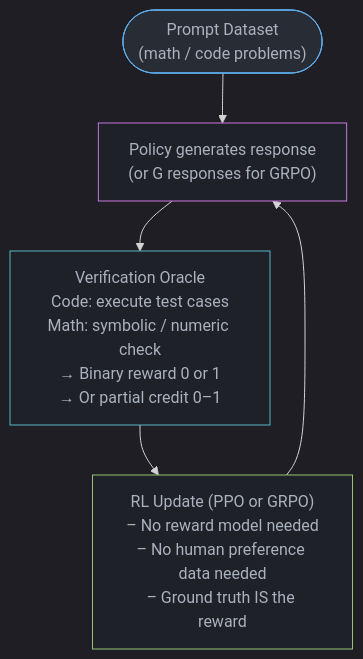
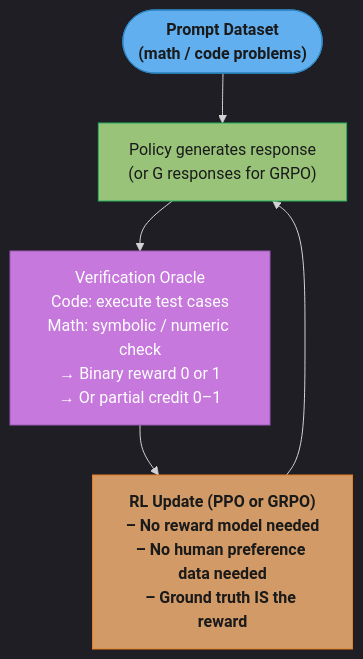
One commit to rppol/system-design changed the second of 3 diagrams in src/main/java/com/rutik/systemdesign/llm/alignment_and_rlhf/README.md. Above: the diagram before and after it, drawn with Mermaid. The commit also changed other lines of this file and 88 other files, not shown here.

````diff
--- a/src/main/java/com/rutik/systemdesign/llm/alignment_and_rlhf/README.md
+++ b/src/main/java/com/rutik/systemdesign/llm/alignment_and_rlhf/README.md
@@ -309,18 +312,21 @@
 ```mermaid
 %%{init: {'flowchart': {'curve': 'basis'}, 'theme': 'dark'}}%%
 flowchart TD
+    classDef io      fill:#61afef,stroke:#2e86c1,color:#1a1a1a,font-weight:bold
+    classDef frozen  fill:#c678dd,stroke:#9b59b6,color:#fff
+    classDef train   fill:#98c379,stroke:#27ae60,color:#1a1a1a
+    classDef mathOp  fill:#d19a66,stroke:#e67e22,color:#1a1a1a,font-weight:bold
+    classDef lossN   fill:#e06c75,stroke:#c0392b,color:#fff,font-weight:bold
+    classDef req     fill:#56b6c2,stroke:#0097a7,color:#1a1a1a
+    classDef base    fill:#e5c07b,stroke:#f39c12,color:#1a1a1a
+
     Dataset(["Prompt Dataset\n(math / code problems)"]) --> Policy
     Policy["Policy generates response\n(or G responses for GRPO)"] --> Oracle
     Oracle["Verification Oracle\nCode: execute test cases\nMath: symbolic / numeric check\n→ Binary reward 0 or 1\n→ Or partial credit 0–1"] --> Update
     Update["RL Update (PPO or GRPO)\n– No reward model needed\n– No human preference data needed\n– Ground truth IS the reward"] --> Policy
 
-    classDef io     fill:#282c34,stroke:#61afef,color:#abb2bf
-    classDef proc   fill:#1e2127,stroke:#98c379,color:#abb2bf
-    classDef llm    fill:#1e2127,stroke:#c678dd,color:#abb2bf
-    classDef store  fill:#1e2127,stroke:#56b6c2,color:#abb2bf
-
     class Dataset io
-    class Policy llm
-    class Oracle store
-    class Update proc
+    class Policy train
+    class Oracle frozen
+    class Update mathOp
 ```
````
